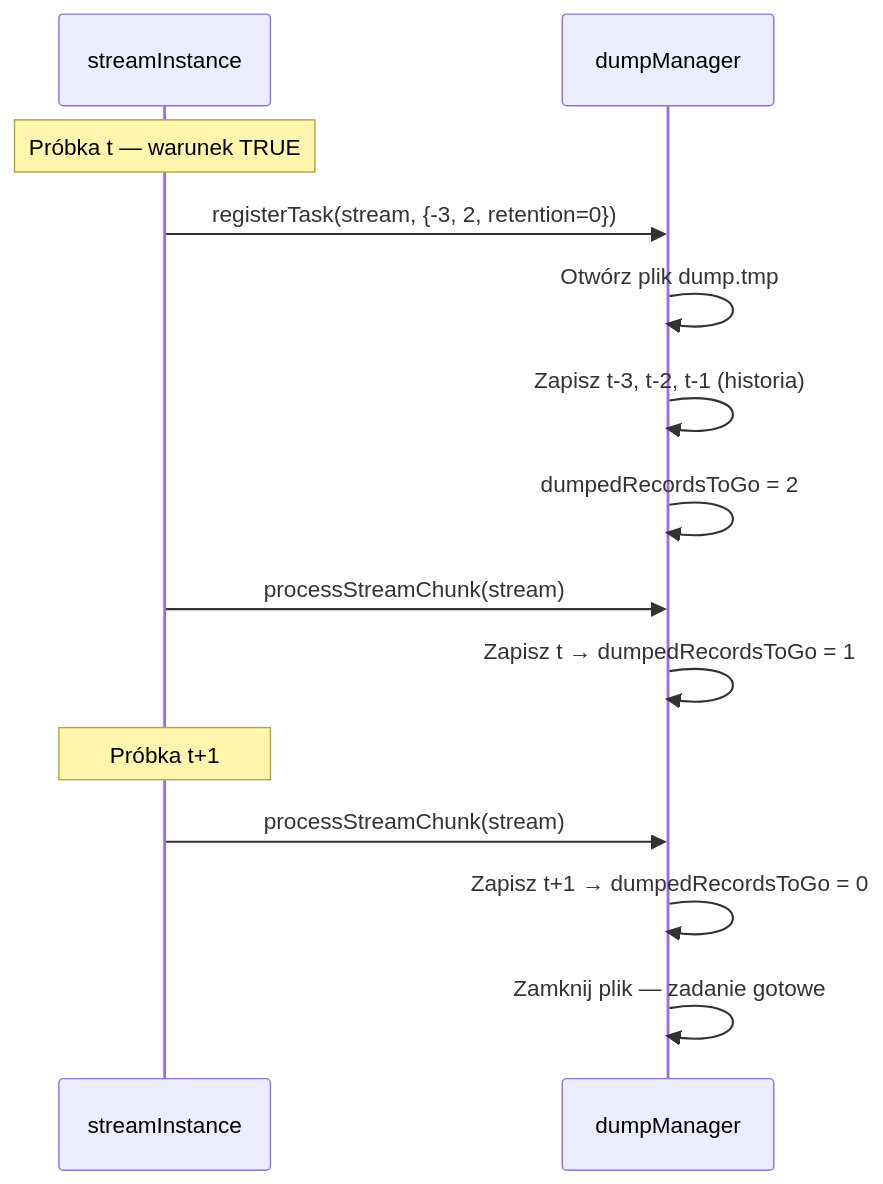
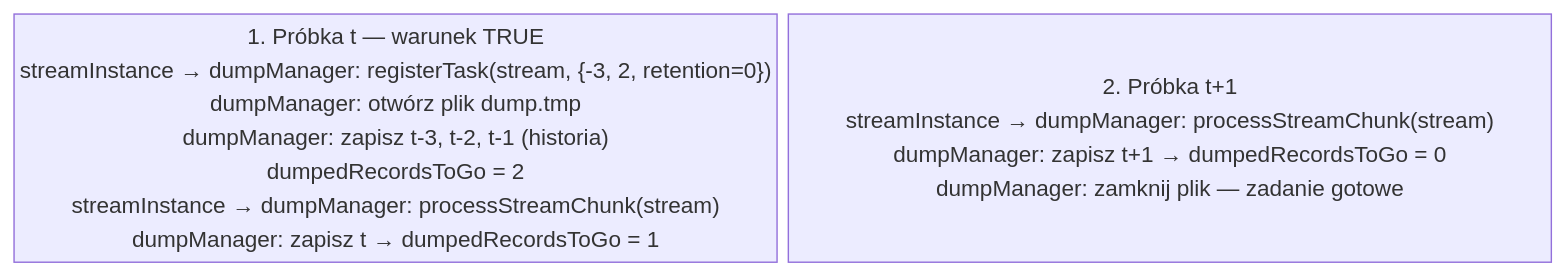
Before and after one commit to michalwidera/dokumentacja-rdb: the third of 4 diagrams in realizacja-zapytan/realizacja-alarowania.md, drawn with Mermaid. The commit also changed 11 other files, not shown here.

````diff
--- a/realizacja-zapytan/realizacja-alarowania.md
+++ b/realizacja-zapytan/realizacja-alarowania.md
@@ -110,19 +110,9 @@
 ```mermaid
+%% pdf-width: 85%
+%% pdf-height: 45%
 %%{init: {"markdownAutoWrap": false}}%%
-sequenceDiagram
-    participant SI as streamInstance
-    participant DM as dumpManager
-
-    note over SI: Próbka t — warunek TRUE
-    SI->>DM: registerTask(stream, {-3, 2, retention=0})
-    DM->>DM: Otwórz plik dump.tmp
-    DM->>DM: Zapisz t-3, t-2, t-1 (historia)
-    DM->>DM: dumpedRecordsToGo = 2
-    SI->>DM: processStreamChunk(stream)
-    DM->>DM: Zapisz t → dumpedRecordsToGo = 1
-
-    note over SI: Próbka t+1
-    SI->>DM: processStreamChunk(stream)
-    DM->>DM: Zapisz t+1 → dumpedRecordsToGo = 0
-    DM->>DM: Zamknij plik — zadanie gotowe
+block-beta
+    columns 2
+    T["1. Próbka t — warunek TRUE<br/>streamInstance → dumpManager: registerTask(stream, {-3, 2, retention=0})<br/>dumpManager: otwórz plik dump.tmp<br/>dumpManager: zapisz t-3, t-2, t-1 (historia)<br/>dumpedRecordsToGo = 2<br/>streamInstance → dumpManager: processStreamChunk(stream)<br/>dumpManager: zapisz t → dumpedRecordsToGo = 1"]
+    T1["2. Próbka t+1<br/>streamInstance → dumpManager: processStreamChunk(stream)<br/>dumpManager: zapisz t+1 → dumpedRecordsToGo = 0<br/>dumpManager: zamknij plik — zadanie gotowe"]
 ```
````
